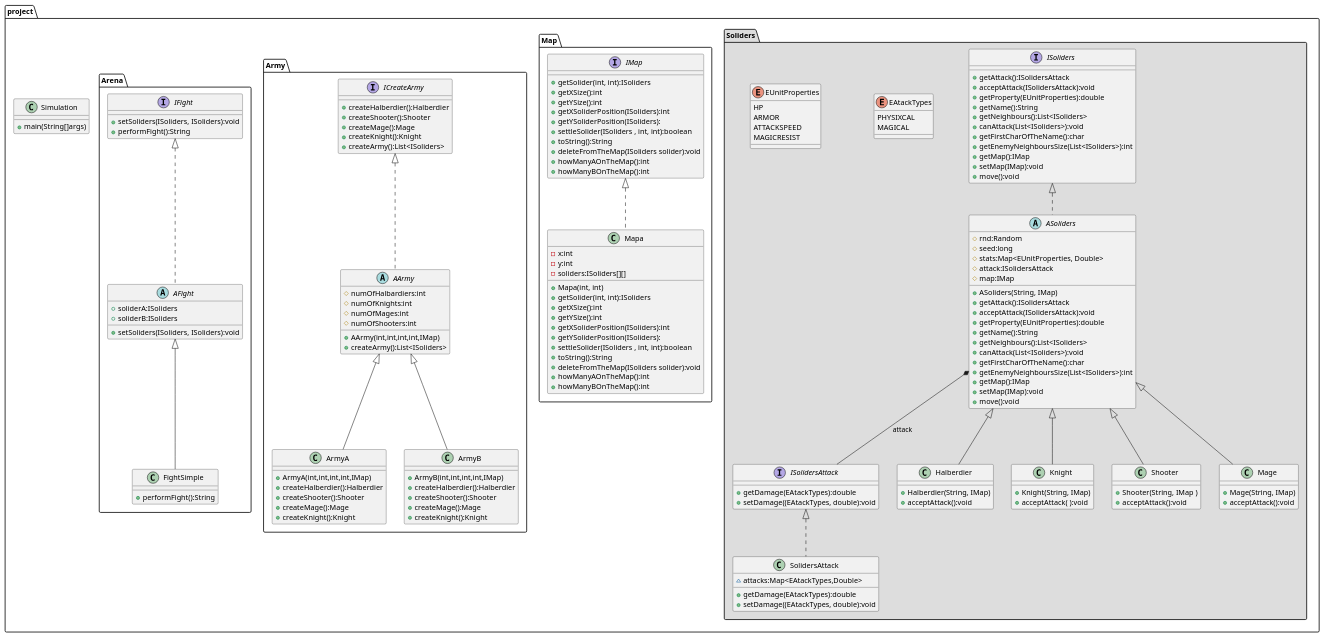
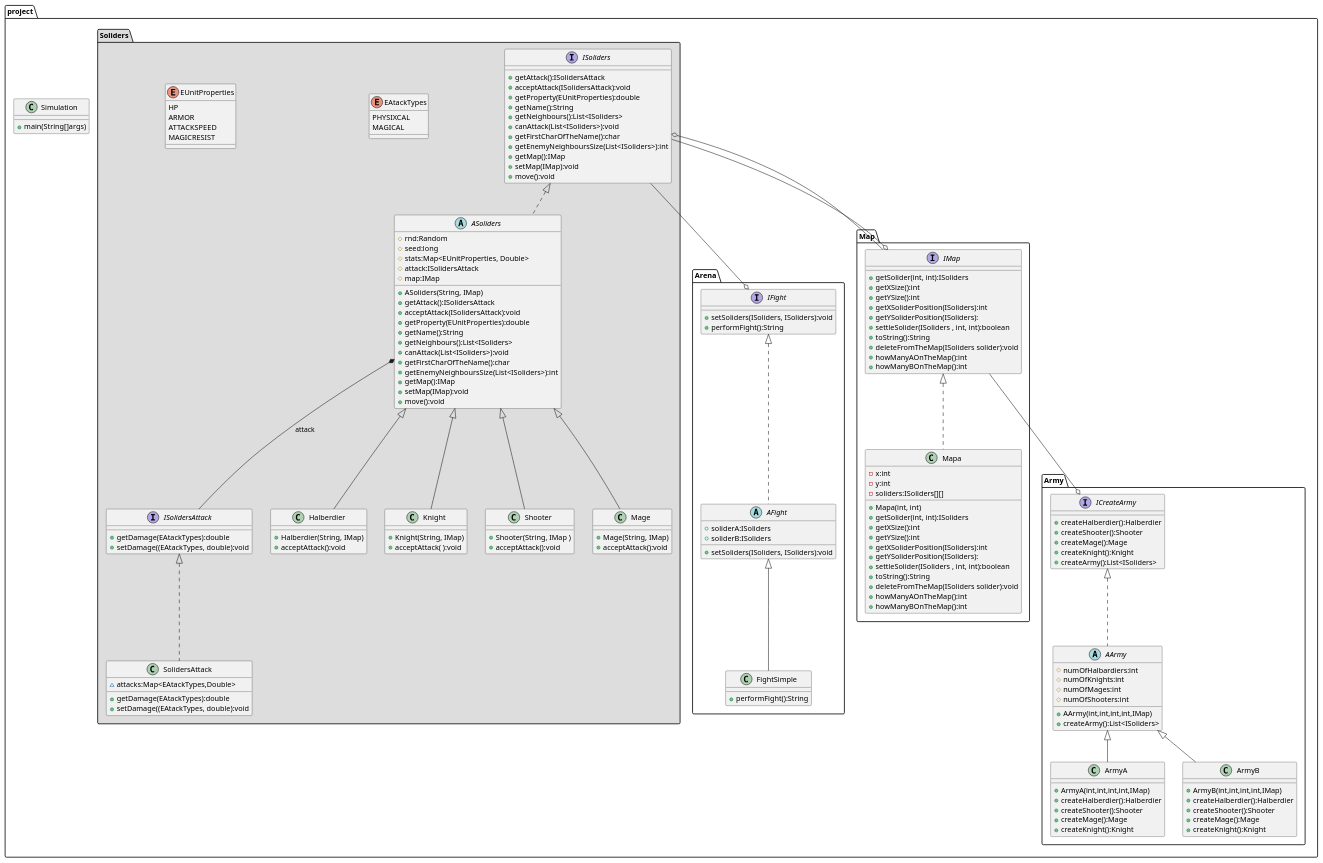
The diagram in src/main/java/project/Classes.puml (KlaudiuszKudla/Symulacja), drawn with PlantUML before and after one commit. The commit also changed 9 other files, not shown here.

```diff
--- a/src/main/java/project/Classes.puml
+++ b/src/main/java/project/Classes.puml
@@ -1,191 +1,196 @@
 @startuml
 'https://plantuml.com/class-diagram
 package "project"
 {
 class Simulation{
 +main(String[]args)
 }
 
 package "project.Soliders" #DDDDDD
 {
 interface ISoliders{
 + getAttack():ISolidersAttack
 + acceptAttack(ISolidersAttack):void
 + getProperty(EUnitProperties):double
 + getName():String
 + getNeighbours():List<ISoliders>
 + canAttack(List<ISoliders>):void
 + getFirstCharOfTheName():char
 + getEnemyNeighboursSize(List<ISoliders>):int
 + getMap():IMap
 + setMap(IMap):void
 + move():void
 }
 
 enum EAtackTypes{
 PHYSIXCAL
 MAGICAL
 }
 enum EUnitProperties{
 HP
 ARMOR
 ATTACKSPEED
 MAGICRESIST
 }
 abstract class ASoliders implements ISoliders{
 
 
  # rnd:Random
  # seed:long
  # stats:Map<EUnitProperties, Double>
  # attack:ISolidersAttack
  # map:IMap
 
  + ASoliders(String, IMap)
  + getAttack():ISolidersAttack
  + acceptAttack(ISolidersAttack):void
  + getProperty(EUnitProperties):double
  + getName():String
  + getNeighbours():List<ISoliders>
  + canAttack(List<ISoliders>):void
  + getFirstCharOfTheName():char
  + getEnemyNeighboursSize(List<ISoliders>):int
  + getMap():IMap
  + setMap(IMap):void
  + move():void
 
  }
 
  interface ISolidersAttack{
     + getDamage(EAtackTypes):double
     + setDamage((EAtackTypes, double):void
                    }
                    ASoliders *-- ISolidersAttack :attack
      class SolidersAttack implements ISolidersAttack{
        ~ attacks:Map<EAtackTypes,Double>
         + getDamage(EAtackTypes):double
            + setDamage((EAtackTypes, double):void
      }
 
     class Halberdier extends ASoliders  {
         + Halberdier(String, IMap)
         + acceptAttack():void
 
 
 }
     class Knight extends ASoliders {
 
            + Knight(String, IMap)
            + acceptAttack( ):void
 }
 
 class Shooter extends ASoliders {
 
     + Shooter(String, IMap )
                + acceptAttack():void
 
     }
     class Mage extends ASoliders {
 
     +Mage(String, IMap)
     + acceptAttack():void
     }
 
 
 }
 
 
      package "project.Map"{
 interface IMap {
 
      + getSolider(int, int):ISoliders
       +getXSize():int
        +getYSize():int
      +getXSoliderPosition(ISoliders):int
       + getYSoliderPosition(ISoliders):
        +settleSolider(ISoliders , int, int):boolean
       +toString():String
       +deleteFromTheMap(ISoliders solider):void
       +howManyAOnTheMap():int
       +howManyBOnTheMap():int
 
 
 }
 
 class Mapa implements IMap {
 
     - x:int
     - y:int
     - soliders:ISoliders[][]
     + Mapa(int, int)
     + getSolider(int, int):ISoliders
           +getXSize():int
            +getYSize():int
          +getXSoliderPosition(ISoliders):int
           + getYSoliderPosition(ISoliders):
            +settleSolider(ISoliders , int, int):boolean
           +toString():String
           +deleteFromTheMap(ISoliders solider):void
           +howManyAOnTheMap():int
           +howManyBOnTheMap():int
 }
 
 
 }
 package "project.Army"
 {
 interface ICreateArmy{
 +createHalberdier():Halberdier
 +createShooter():Shooter
 +createMage():Mage
 +createKnight():Knight
 +createArmy():List<ISoliders>
 }
 
 abstract class AArmy implements ICreateArmy{
 #numOfHalbardiers:int
 #numOfKnights:int
 #numOfMages:int
 #numOfShooters:int
 +AArmy(int,int,int,int,IMap)
 +createArmy():List<ISoliders>
 
 }
 class ArmyA extends AArmy{
 +ArmyA(int,int,int,int,IMap)
 +createHalberdier():Halberdier
 +createShooter():Shooter
 +createMage():Mage
 +createKnight():Knight
 
 
 }
 class ArmyB extends AArmy{
 
 +ArmyB(int,int,int,int,IMap)
 +createHalberdier():Halberdier
 +createShooter():Shooter
 +createMage():Mage
 +createKnight():Knight
 }
 }
 package "project.Arena"
 {
     interface IFight{
     +setSoliders(ISoliders, ISoliders):void
     +performFight():String
     }
     abstract class AFight implements IFight{
         +soliderA:ISoliders
         +soliderB:ISoliders
         +setSoliders(ISoliders, ISoliders):void
     }
     class FightSimple extends AFight{
     +performFight():String
     }
 
 }
 
+ISoliders--o IMap
+IMap--o ISoliders
+ISoliders--o IFight
+IMap--o ICreateArmy
+
 
 }
 @enduml
```
